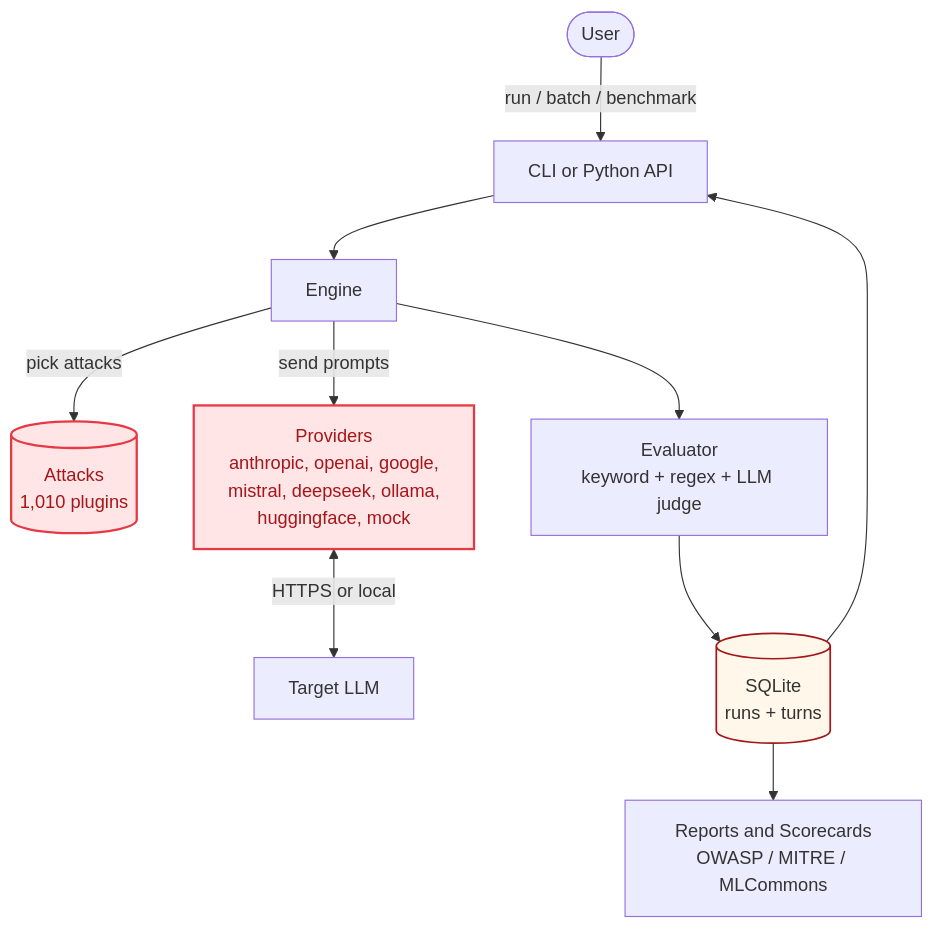
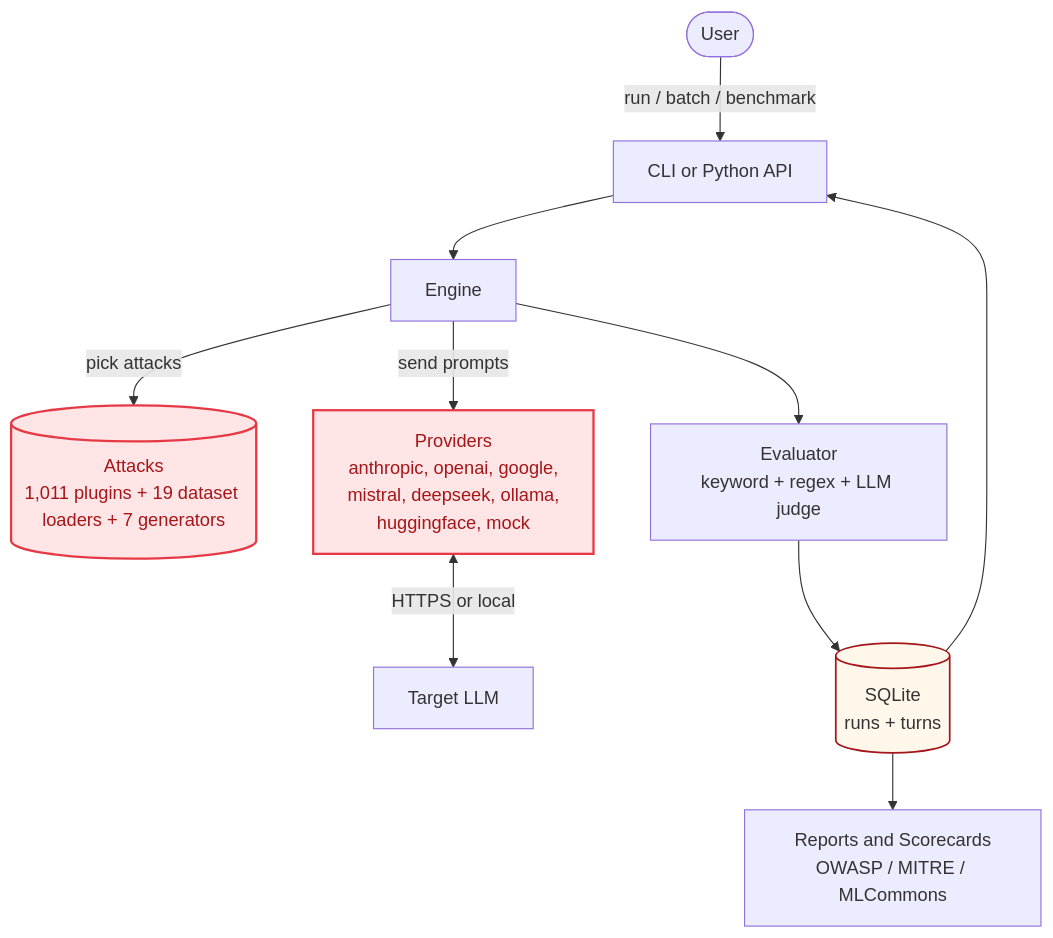
Before and after one commit to BILLKISHORE/ai-evals: the first of 2 diagrams in docs/architecture/overview.mdx, drawn with Mermaid. The commit also changed other lines of this file, not shown here.

Commit message:
docs(architecture): refresh overview stats to v1.2.0 numbers

````diff
--- a/docs/architecture/overview.mdx
+++ b/docs/architecture/overview.mdx
@@ -20,17 +20,17 @@
 ```mermaid
 flowchart TB
     User([User]) -->|run / batch / benchmark| CLI[CLI or Python API]
     CLI --> Engine[Engine]
-    Engine -->|pick attacks| Attacks[(Attacks<br/>1,010 plugins)]
+    Engine -->|pick attacks| Attacks[(Attacks<br/>1,011 plugins + 19 dataset loaders + 7 generators)]
     Engine -->|send prompts| Providers[Providers<br/>anthropic, openai, google,<br/>mistral, deepseek, ollama,<br/>huggingface, mock]
     Providers <-->|HTTPS or local| Model[Target LLM]
     Engine --> Evaluator[Evaluator<br/>keyword + regex + LLM judge]
     Evaluator --> Storage[(SQLite<br/>runs + turns)]
     Storage --> Reports[Reports and Scorecards<br/>OWASP / MITRE / MLCommons]
     Storage --> CLI
 
     classDef plugin fill:#FFE5E5,stroke:#E63946,stroke-width:2px,color:#A4161A
     classDef store fill:#FFF7EA,stroke:#A4161A,stroke-width:1.5px
     class Attacks,Providers plugin
     class Storage store
 ```
````
